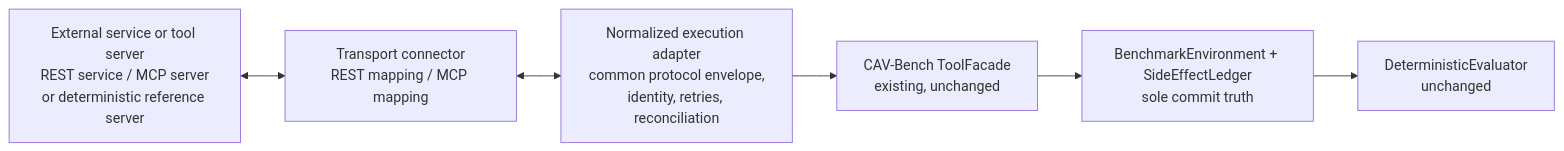
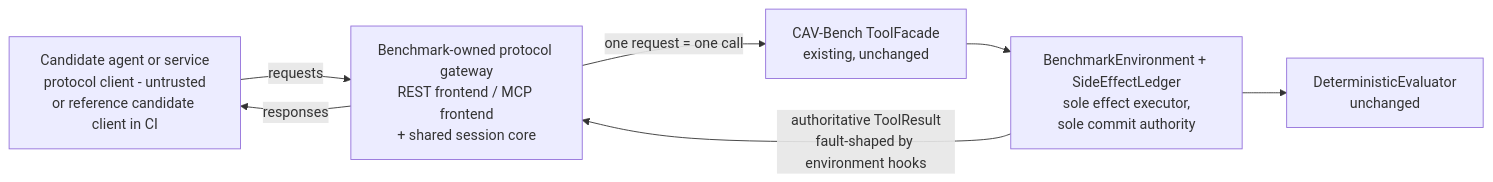
Before and after one commit to Harimay23/cav-bench: the diagram in docs/design/generic-protocol-integration.md, drawn with Mermaid. The commit also changed other lines of this file and 12 other files, not shown here.

````diff
--- a/docs/design/generic-protocol-integration.md
+++ b/docs/design/generic-protocol-integration.md
@@ -168,8 +275,9 @@
 ```mermaid
 flowchart LR
-    X[External service or tool server<br/>REST service / MCP server<br/>or deterministic reference server] <--> T[Transport connector<br/>REST mapping / MCP mapping]
-    T <--> N[Normalized execution adapter<br/>common protocol envelope,<br/>identity, retries, reconciliation]
-    N --> TF[CAV-Bench ToolFacade<br/>existing, unchanged]
-    TF --> BE[BenchmarkEnvironment + SideEffectLedger<br/>sole commit truth]
+    C[Candidate agent or service<br/>protocol client - untrusted<br/>or reference candidate client in CI] -->|requests| G[Benchmark-owned protocol gateway<br/>REST frontend / MCP frontend<br/>+ shared session core]
+    G -->|one request = one call| TF[CAV-Bench ToolFacade<br/>existing, unchanged]
+    TF --> BE[BenchmarkEnvironment + SideEffectLedger<br/>sole effect executor,<br/>sole commit authority]
+    BE -->|authoritative ToolResult<br/>fault-shaped by environment hooks| G
+    G -->|responses| C
     BE --> EV[DeterministicEvaluator<br/>unchanged]
 ```
````
